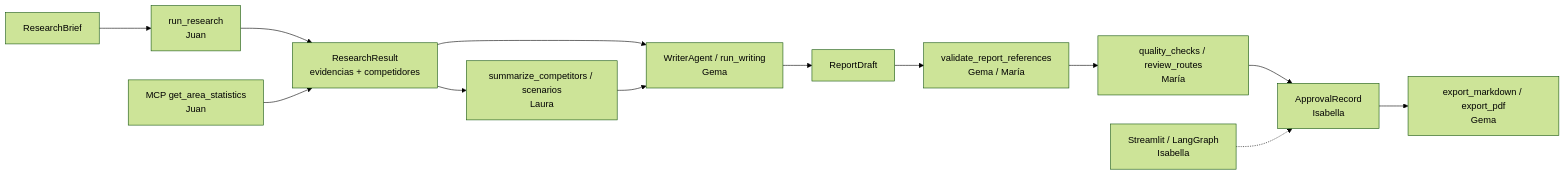
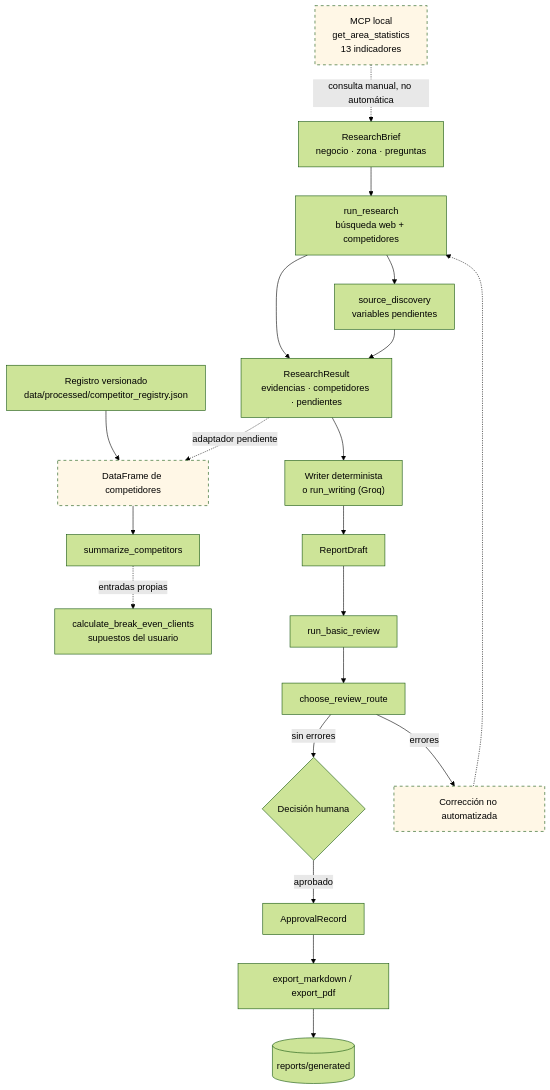
The first of 2 diagrams in README.md (Isabela-Tellez/FitFamily), drawn with Mermaid (forest theme) before and after one commit. The commit also changed other lines of this file and 12 other files, not shown here.

First line of the commit message:
docs: actualizar documentación con exportador PDF, LLM writer y trazas LangSmith

````diff
--- a/README.md
+++ b/README.md
@@ -110,15 +149,43 @@
 ```mermaid
-flowchart LR
-    A[ResearchBrief] --> B[run_research<br/>Juan]
-    B --> C[ResearchResult<br/>evidencias + competidores]
-    C --> D[summarize_competitors / scenarios<br/>Laura]
-    C --> E[WriterAgent / run_writing<br/>Gema]
-    D --> E
-    E --> F[ReportDraft]
-    F --> G[validate_report_references<br/>Gema / María]
-    G --> H[quality_checks / review_routes<br/>María]
-    H --> I[ApprovalRecord<br/>Isabella]
-    I --> J[export_markdown / export_pdf<br/>Gema]
-    K[MCP get_area_statistics<br/>Juan] --> C
-    L[Streamlit / LangGraph<br/>Isabella] -.-> I
+flowchart TD
+    B["ResearchBrief<br/>negocio · zona · preguntas"]
+    R["run_research<br/>búsqueda web + competidores"]
+    RR["ResearchResult<br/>evidencias · competidores · pendientes"]
+    SD["source_discovery<br/>variables pendientes"]
+    MCP["MCP local<br/>get_area_statistics<br/>13 indicadores"]
+    REG["Registro versionado<br/>data/processed/competitor_registry.json"]
+    DF["DataFrame de competidores"]
+    AN["summarize_competitors"]
+    BE["calculate_break_even_clients<br/>supuestos del usuario"]
+    W["Writer determinista<br/>o run_writing (Groq)"]
+    D["ReportDraft"]
+    RV["run_basic_review"]
+    RT["choose_review_route"]
+    H{"Decisión humana"}
+    A["ApprovalRecord"]
+    E["export_markdown / export_pdf"]
+    OUT[("reports/generated")]
+
+    B --> R
+    R --> RR
+    R --> SD
+    SD --> RR
+    MCP -.->|consulta manual, no automática| B
+    REG --> DF
+    RR -.->|adaptador pendiente| DF
+    DF --> AN
+    AN -.->|entradas propias| BE
+    RR --> W
+    W --> D
+    D --> RV
+    RV --> RT
+    RT -->|errores| C["Corrección no automatizada"]
+    C -.-> R
+    RT -->|sin errores| H
+    H -->|aprobado| A
+    A --> E
+    E --> OUT
+
+    classDef pending stroke-dasharray: 5 5,fill:#fff7e6;
+    class MCP,C,DF pending;
 ```
````
